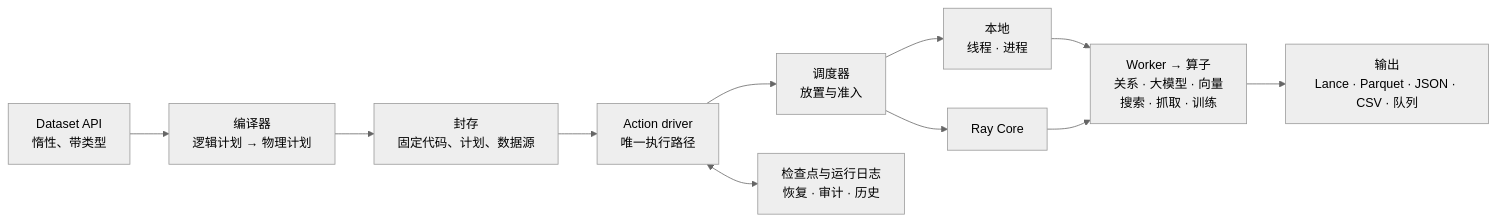
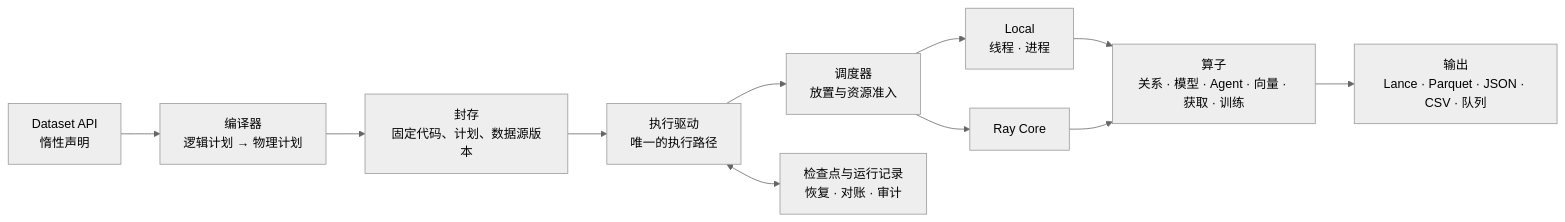
Before and after one commit to vincent9299/demiflow: the first of 3 diagrams in README.zh-CN.md, drawn with Mermaid (neutral theme). The commit also changed other lines of this file and 1 other file, not shown here.

````diff
--- a/README.zh-CN.md
+++ b/README.zh-CN.md
@@ -183,13 +153,13 @@
 ```mermaid
 flowchart LR
-    API["Dataset API<br/>惰性、带类型"] --> PLAN["编译器<br/>逻辑计划 → 物理计划"]
-    PLAN --> SEAL["封存<br/>固定代码、计划、数据源"]
-    SEAL --> DRIVER["Action driver<br/>唯一执行路径"]
-    DRIVER --> SCHED["调度器<br/>放置与准入"]
-    SCHED --> LOCAL["本地<br/>线程 · 进程"]
+    API["Dataset API<br/>惰性声明"] --> PLAN["编译器<br/>逻辑计划 → 物理计划"]
+    PLAN --> SEAL["封存<br/>固定代码、计划、数据源版本"]
+    SEAL --> DRIVER["执行驱动<br/>唯一的执行路径"]
+    DRIVER --> SCHED["调度器<br/>放置与资源准入"]
+    SCHED --> LOCAL["Local<br/>线程 · 进程"]
     SCHED --> RAY["Ray Core"]
-    LOCAL --> OPS["Worker → 算子<br/>关系 · 大模型 · 向量<br/>搜索 · 抓取 · 训练"]
+    LOCAL --> OPS["算子<br/>关系 · 模型 · Agent · 向量 · 获取 · 训练"]
     RAY --> OPS
     OPS --> SINK["输出<br/>Lance · Parquet · JSON · CSV · 队列"]
-    DRIVER <--> CKPT["检查点与运行日志<br/>恢复 · 审计 · 历史"]
+    DRIVER <--> CKPT["检查点与运行记录<br/>恢复 · 对账 · 审计"]
 ```
````
